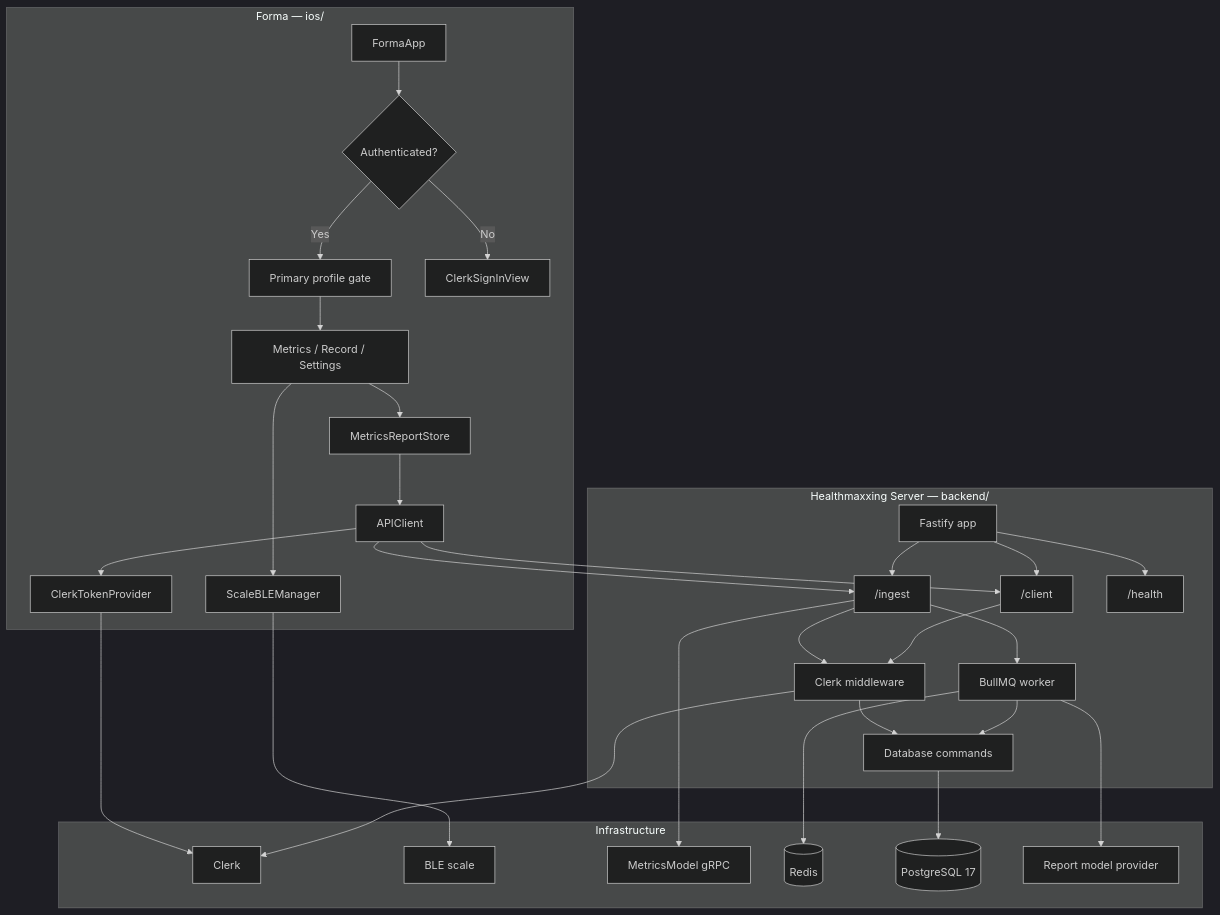
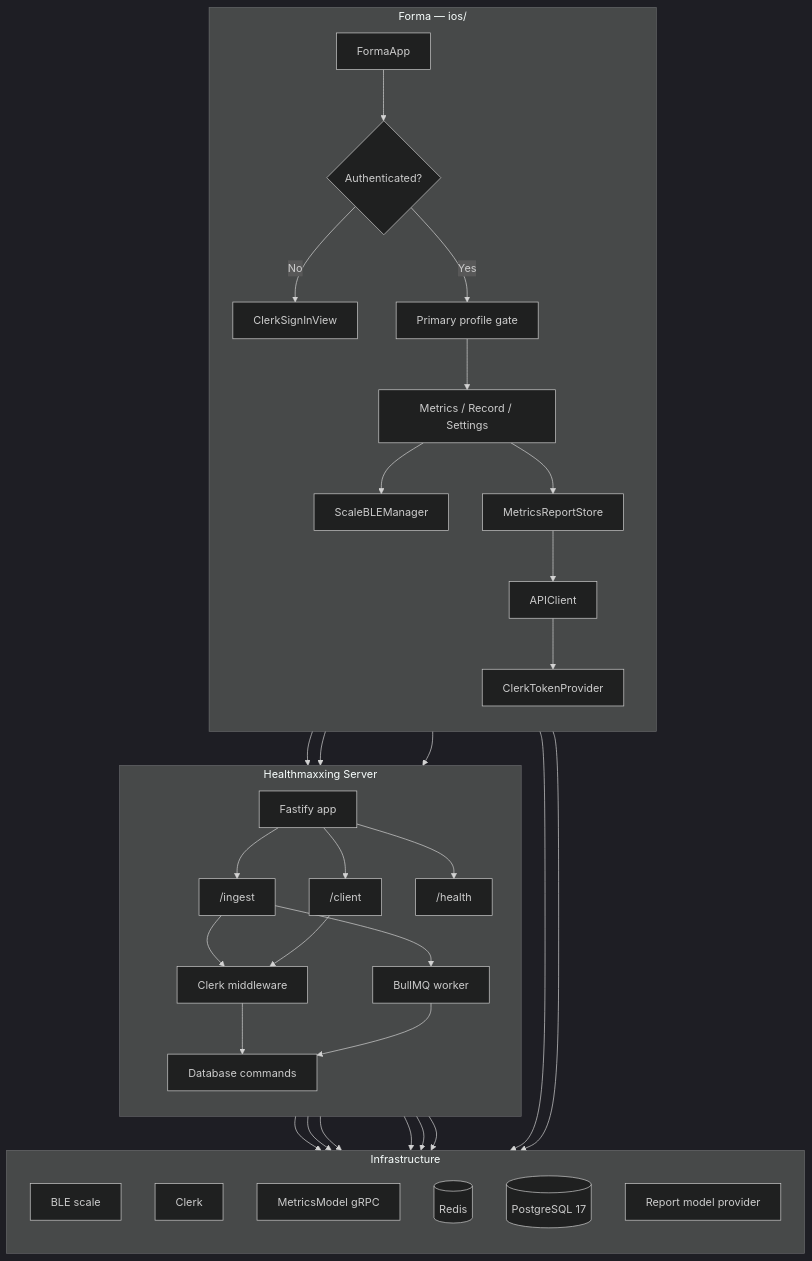
One commit to aneeshpatne/healthmaxxing changed the third of 3 diagrams in README.md. Above: the diagram before and after it, drawn with Mermaid (dark theme). The commit also changed other lines of this file, not shown here.

First line of the commit message:
docs: stack README mermaid diagrams top-to-bottom

````diff
--- a/README.md
+++ b/README.md
@@ -96,58 +110,48 @@
 ```mermaid
 flowchart TB
     subgraph IOS["Forma — ios/"]
-        APP[FormaApp]
-        AUTH{Authenticated?}
-        GATE[Primary profile gate]
-        TABS[Metrics / Record / Settings]
-        BLE[ScaleBLEManager]
-        CLIENT[APIClient]
-        TOKEN[ClerkTokenProvider]
-        STORE[MetricsReportStore]
-        APP --> AUTH
+        direction TB
+        APP[FormaApp] --> AUTH{Authenticated?}
         AUTH -->|No| SIGNIN[ClerkSignInView]
-        AUTH -->|Yes| GATE
-        GATE --> TABS
-        TABS --> BLE
-        TABS --> STORE
-        STORE --> CLIENT
-        CLIENT --> TOKEN
+        AUTH -->|Yes| GATE[Primary profile gate]
+        GATE --> TABS["Metrics / Record / Settings"]
+        TABS --> BLE[ScaleBLEManager]
+        TABS --> STORE[MetricsReportStore]
+        STORE --> CLIENT[APIClient]
+        CLIENT --> TOKEN[ClerkTokenProvider]
     end
 
-    subgraph SERVER["Healthmaxxing Server — backend/"]
-        FASTIFY[Fastify app]
-        INGEST["/ingest"]
-        CLIENTAPI["/client"]
-        HEALTH["/health"]
-        MW[Clerk middleware]
-        CMD[Database commands]
-        QUEUE[BullMQ worker]
-        FASTIFY --> INGEST
-        FASTIFY --> CLIENTAPI
-        FASTIFY --> HEALTH
-        INGEST --> MW
+    subgraph SERVER["Healthmaxxing Server"]
+        direction TB
+        FASTIFY[Fastify app] --> INGEST["/ingest"]
+        FASTIFY --> CLIENTAPI["/client"]
+        FASTIFY --> HEALTH["/health"]
+        INGEST --> MW[Clerk middleware]
         CLIENTAPI --> MW
-        MW --> CMD
-        INGEST --> QUEUE
+        MW --> CMD[Database commands]
+        INGEST --> QUEUE[BullMQ worker]
     end
 
     subgraph INFRA[Infrastructure]
+        direction TB
+        SCALE[BLE scale]
         CLERK[Clerk]
-        SCALE[BLE scale]
         GRPC[MetricsModel gRPC]
         REDIS[(Redis)]
         PG[(PostgreSQL 17)]
         LLM[Report model provider]
     end
 
+    IOS --> SERVER
+    SERVER --> INFRA
     BLE --> SCALE
     CLIENT --> INGEST
     CLIENT --> CLIENTAPI
     TOKEN --> CLERK
     MW --> CLERK
     INGEST --> GRPC
     CMD --> PG
     QUEUE --> REDIS
     QUEUE --> LLM
     QUEUE --> CMD
 ```
````
